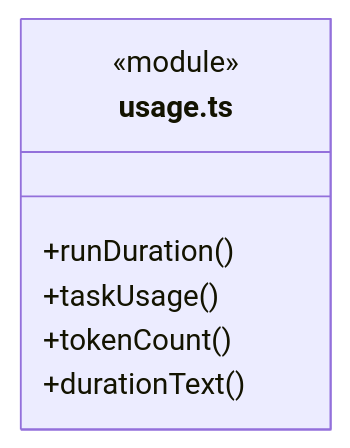
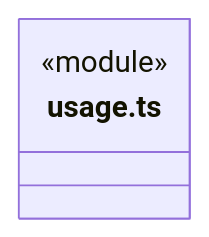
One commit to nan023062/cbim changed diagram 21 of 30 in src/frontend/conversation/ARCHITECTURE.md. Above: the diagram before and after it, drawn with Mermaid. The commit also changed other lines of this file and 211 other files, not shown here.

````diff
--- a/src/frontend/conversation/ARCHITECTURE.md
+++ b/src/frontend/conversation/ARCHITECTURE.md
@@ -298,10 +298,6 @@
 ```mermaid
 classDiagram
 class N_src_frontend_conversation_usage_ts["usage.ts"] {
   <<module>>
-  +runDuration()
-  +taskUsage()
-  +tokenCount()
-  +durationText()
 }
 ```
````
